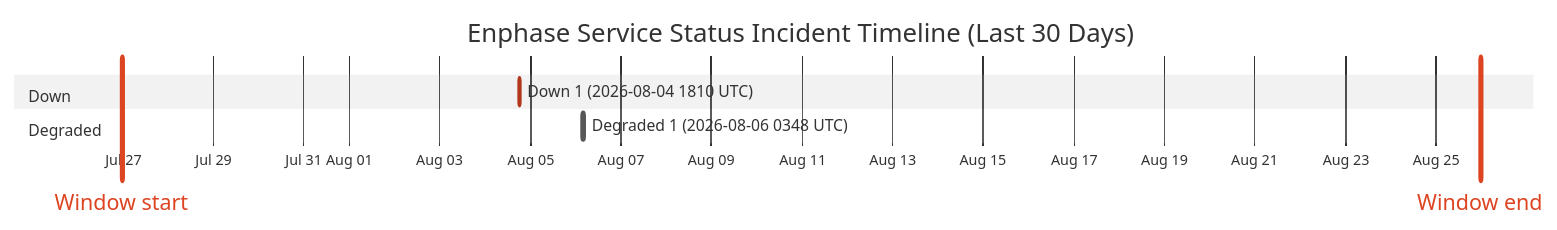
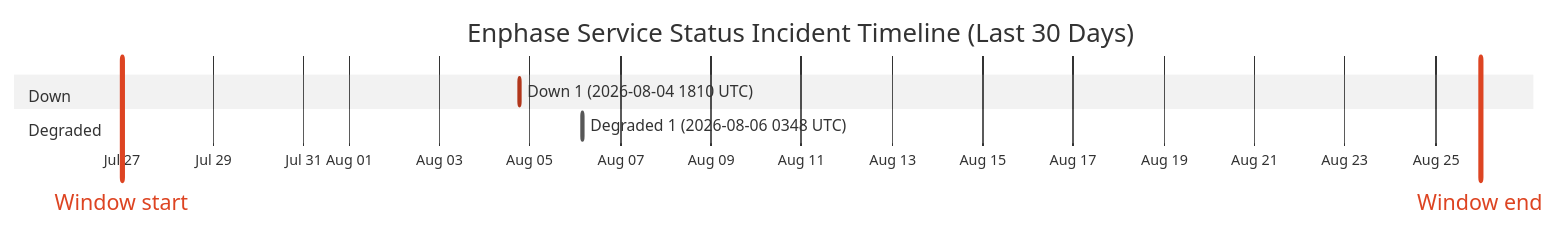
Before and after one commit to barneyonline/ha-enphase-energy: the diagram in wiki/Service-Status-History.md, drawn with Mermaid (neutral theme). The commit also changed other lines of this file and 3 other files, not shown here.

````diff
--- a/wiki/Service-Status-History.md
+++ b/wiki/Service-Status-History.md
@@ -14,12 +14,12 @@
 ```mermaid
 gantt
     title Enphase Service Status Incident Timeline (Last 30 Days)
     dateFormat  YYYY-MM-DDTHH:mm:ss
     axisFormat  %b %d
-    Window start :vert, window-start, 2026-07-26T23:23:08, 0ms
-    Window end :vert, window-end, 2026-08-25T23:23:08, 0ms
+    Window start :vert, window-start, 2026-07-26T23:48:22, 0ms
+    Window end :vert, window-end, 2026-08-25T23:48:22, 0ms
     section Down
     Down 1 (2026-08-04 1810 UTC) :crit, down-1, 2026-08-04T18:10:46, 60m
     section Degraded
     Degraded 1 (2026-08-06 0348 UTC) :active, degraded-1, 2026-08-06T03:48:14, 60m
 ```
````
